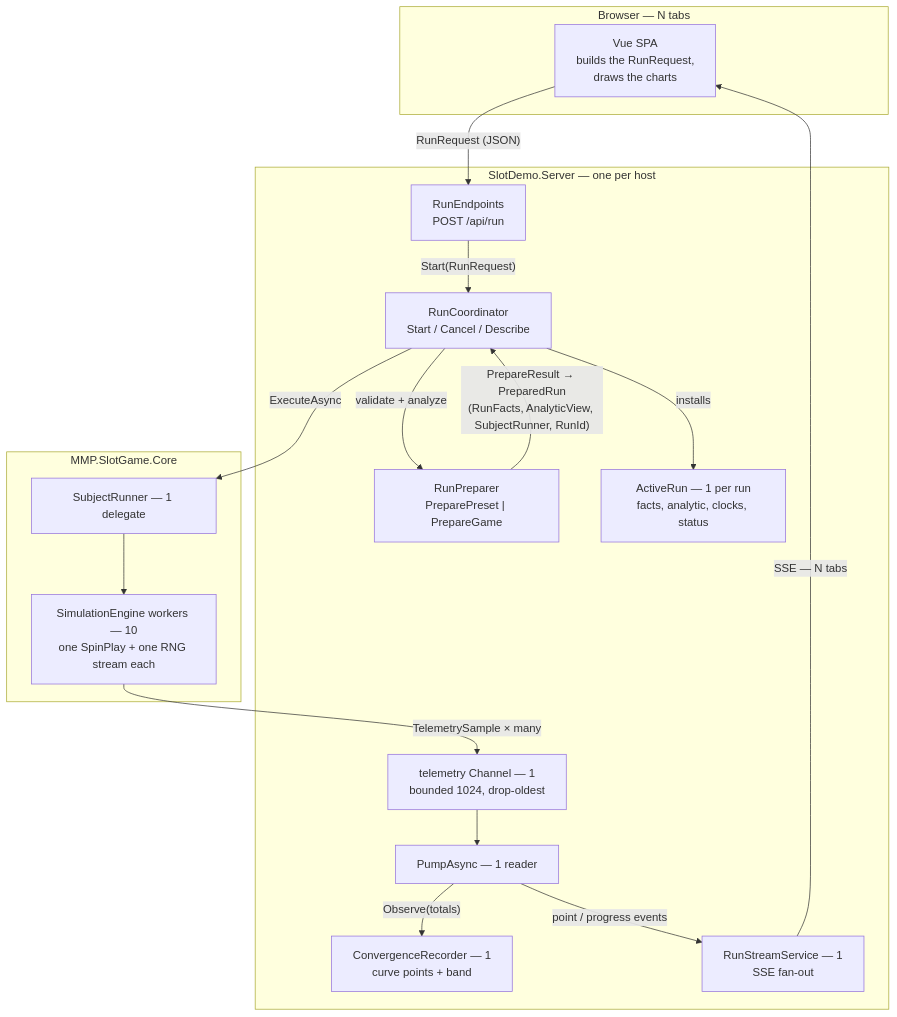
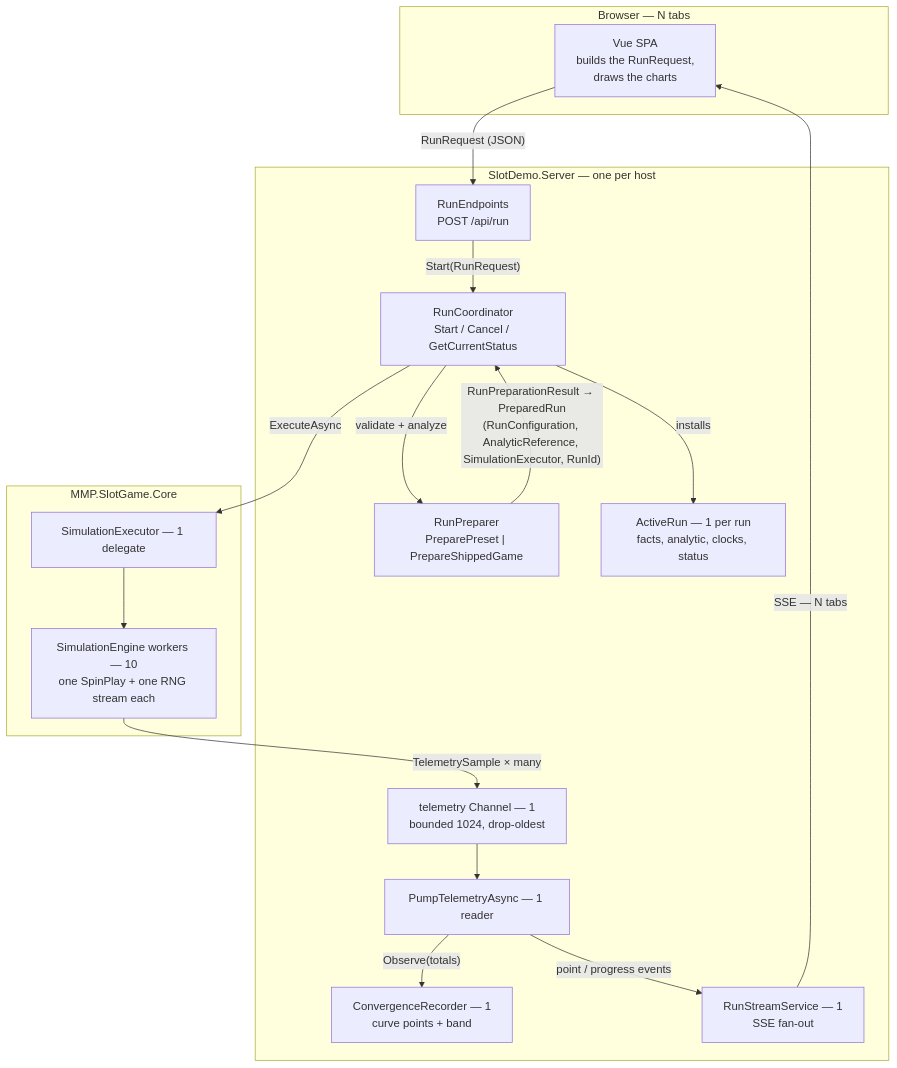
The diagram in docs/run-orchestration.md (mmpworks/MMP.SlotDemo), drawn with Mermaid before and after one commit. The commit also changed other lines of this file and 13 other files, not shown here.

````diff
--- a/docs/run-orchestration.md
+++ b/docs/run-orchestration.md
@@ -17,35 +18,35 @@
 ```mermaid
 flowchart TD
     subgraph Browser["Browser — N tabs"]
         SPA["Vue SPA<br/>builds the RunRequest,<br/>draws the charts"]
     end
 
     subgraph Server["SlotDemo.Server — one per host"]
         EP["RunEndpoints<br/>POST /api/run"]
-        CO["RunCoordinator<br/>Start / Cancel / Describe"]
-        PREP["RunPreparer<br/>PreparePreset | PrepareGame"]
+        CO["RunCoordinator<br/>Start / Cancel / GetCurrentStatus"]
+        PREP["RunPreparer<br/>PreparePreset | PrepareShippedGame"]
         AR["ActiveRun — 1 per run<br/>facts, analytic, clocks, status"]
         CH["telemetry Channel — 1<br/>bounded 1024, drop-oldest"]
-        PUMP["PumpAsync — 1 reader"]
+        PUMP["PumpTelemetryAsync — 1 reader"]
         REC["ConvergenceRecorder — 1<br/>curve points + band"]
         SSE["RunStreamService — 1<br/>SSE fan-out"]
     end
 
     subgraph Core["MMP.SlotGame.Core"]
-        SR["SubjectRunner — 1 delegate"]
+        SR["SimulationExecutor — 1 delegate"]
         WK["SimulationEngine workers — 10<br/>one SpinPlay + one RNG stream each"]
     end
 
     SPA -- "RunRequest (JSON)" --> EP
     EP -- "Start(RunRequest)" --> CO
     CO -- "validate + analyze" --> PREP
-    PREP -- "PrepareResult → PreparedRun<br/>(RunFacts, AnalyticView, SubjectRunner, RunId)" --> CO
+    PREP -- "RunPreparationResult → PreparedRun<br/>(RunConfiguration, AnalyticReference, SimulationExecutor, RunId)" --> CO
     CO -- "installs" --> AR
     CO -- "ExecuteAsync" --> SR
     SR --> WK
     WK -- "TelemetrySample × many" --> CH
     CH --> PUMP
     PUMP -- "Observe(totals)" --> REC
     PUMP -- "point / progress events" --> SSE
     SSE -- "SSE — N tabs" --> SPA
 ```
````
